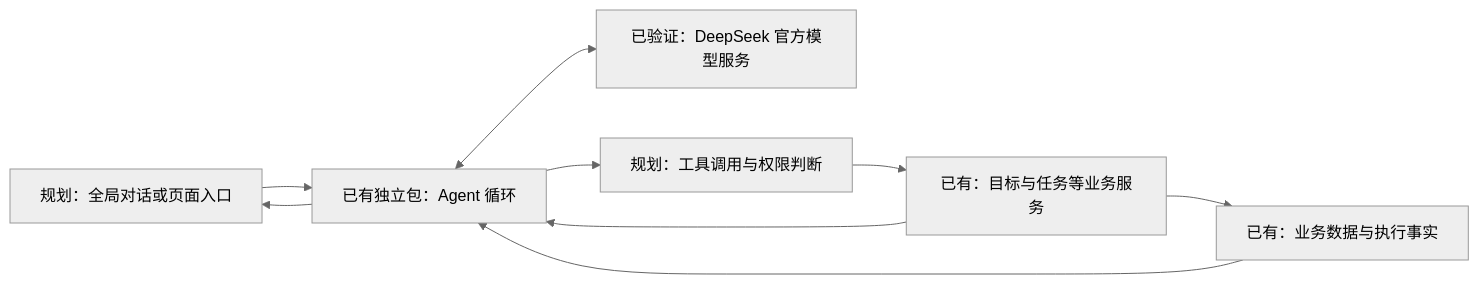
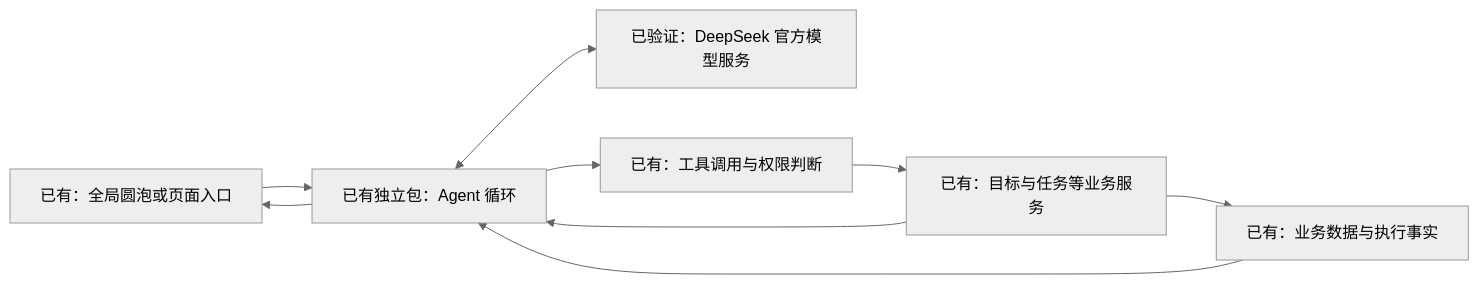
Before and after one commit to Liuxin4950/MissionBook: the first of 2 diagrams in docs/需求文档v1.0/内置Agent.md, drawn with Mermaid (neutral theme). The commit also changed other lines of this file and 128 other files, not shown here.

````diff
--- a/docs/需求文档v1.0/内置Agent.md
+++ b/docs/需求文档v1.0/内置Agent.md
@@ -13,11 +15,11 @@
 ```mermaid
 flowchart LR
-    U[规划：全局对话或页面入口] --> A[已有独立包：Agent 循环]
+    U[已有：全局圆泡或页面入口] --> A[已有独立包：Agent 循环]
     A <--> M[已验证：DeepSeek 官方模型服务]
-    A --> P[规划：工具调用与权限判断]
+    A --> P[已有：工具调用与权限判断]
     P --> S[已有：目标与任务等业务服务]
     S --> D[已有：业务数据与执行事实]
     D --> A
     S --> A
     A --> U
 ```
````
